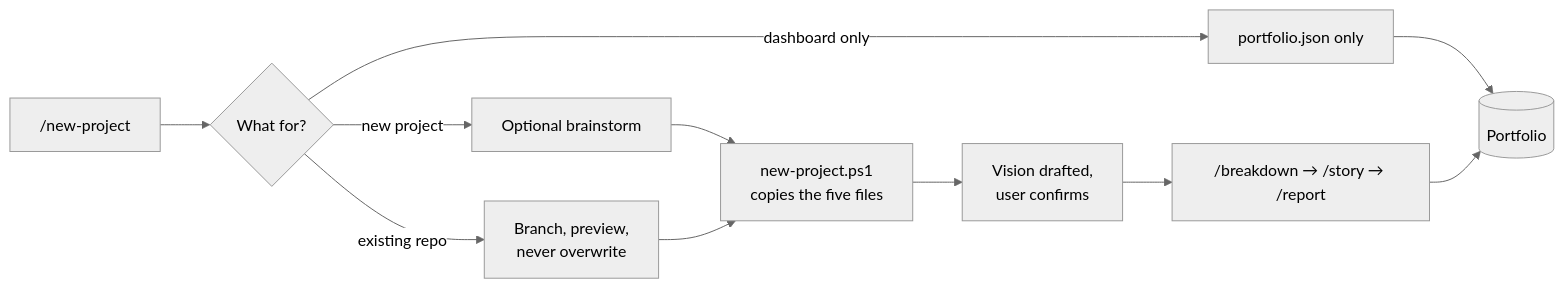
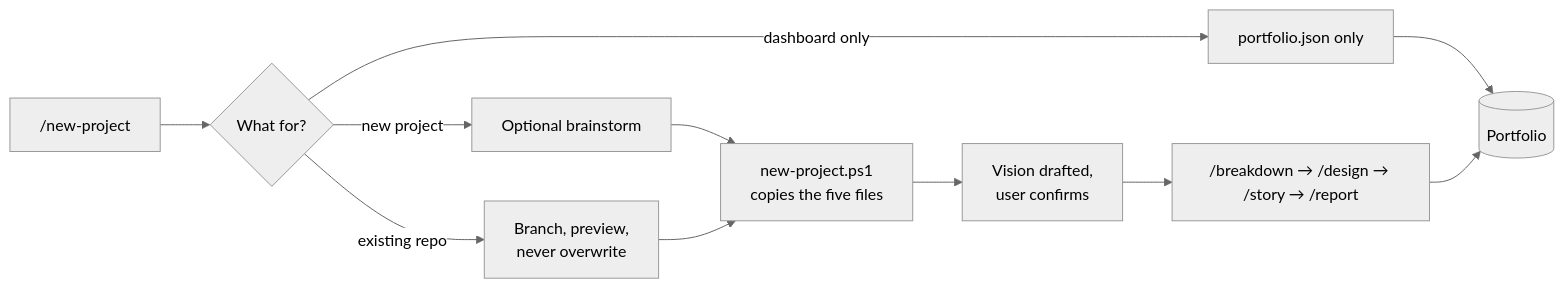
Before and after one commit to flegaspi700/pmo-project-standardization: the diagram in README.md, drawn with Mermaid (neutral theme). The commit also changed other lines of this file and 9 other files, not shown here.

````diff
--- a/README.md
+++ b/README.md
@@ -87,13 +88,13 @@
 ```mermaid
 flowchart LR
     A["/new-project"] --> B{What for?}
     B -->|new project| C[Optional brainstorm]
     B -->|existing repo| D[Branch, preview,<br/>never overwrite]
     B -->|dashboard only| R[portfolio.json only]
     C --> E[new-project.ps1<br/>copies the five files]
     D --> E
     E --> F[Vision drafted,<br/>user confirms]
-    F --> H["/breakdown → /story → /report"]
+    F --> H["/breakdown → /design → /story → /report"]
     R --> P[(Portfolio)]
     H --> P
 ```
````
